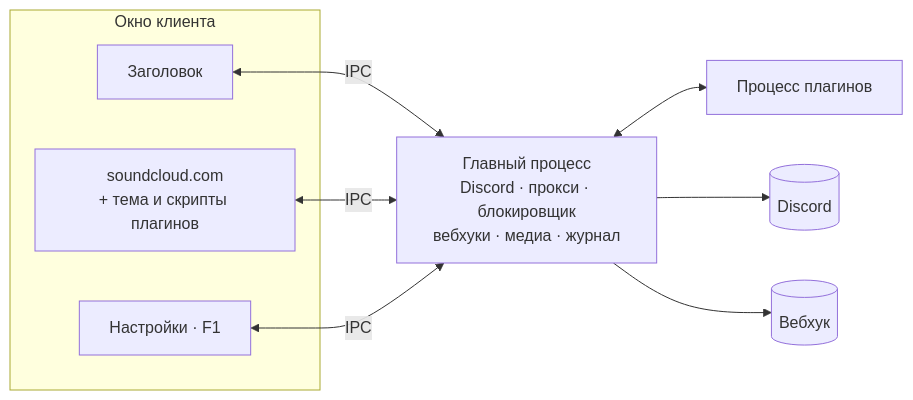
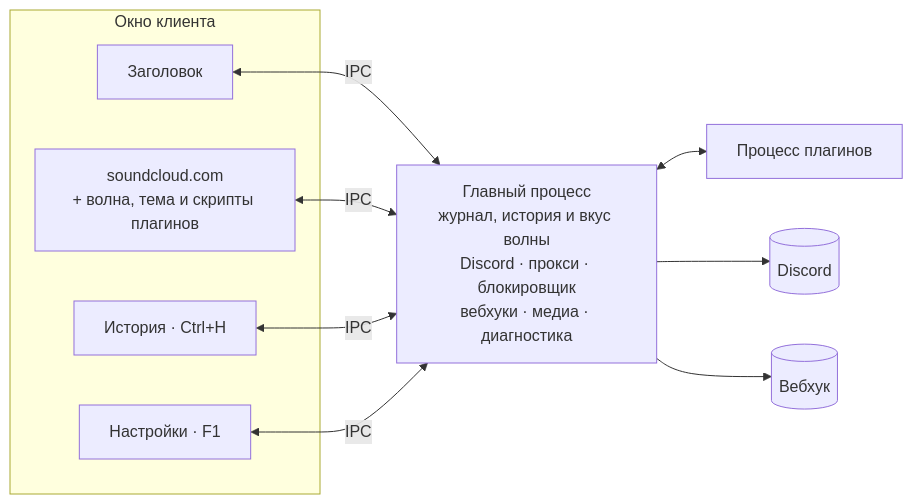
The diagram in README.md (zxczxczxczxczxczxc1111/soundcloud-desktop), drawn with Mermaid before and after one commit. The commit also changed other lines of this file and 8 other files, not shown here.

First line of the commit message:
README: волна, подборки и история на первом плане

````diff
--- a/README.md
+++ b/README.md
@@ -217,18 +241,20 @@
 ```mermaid
 flowchart LR
     subgraph win["Окно клиента"]
         header["Заголовок"]
-        page["soundcloud.com<br/>+ тема и скрипты плагинов"]
+        page["soundcloud.com<br/>+ волна, тема и скрипты плагинов"]
+        history["История · Ctrl+H"]
         settings["Настройки · F1"]
     end
 
-    main["Главный процесс<br/>Discord · прокси · блокировщик<br/>вебхуки · медиа · журнал"]
+    main["Главный процесс<br/>журнал, история и вкус волны<br/>Discord · прокси · блокировщик<br/>вебхуки · медиа · диагностика"]
     plugins["Процесс плагинов"]
 
     header <-->|IPC| main
     page <-->|IPC| main
+    history <-->|IPC| main
     settings <-->|IPC| main
     main <--> plugins
     main --> discord[("Discord")]
     main --> hook[("Вебхук")]
 ```
````
